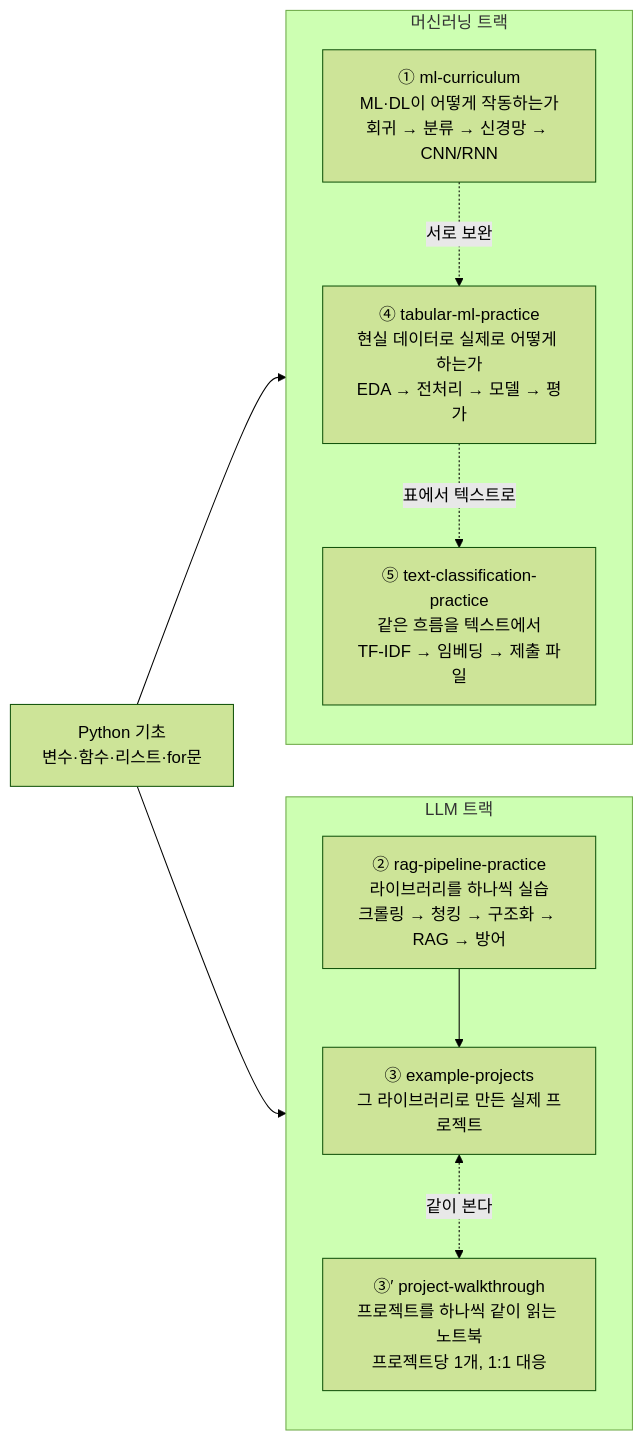
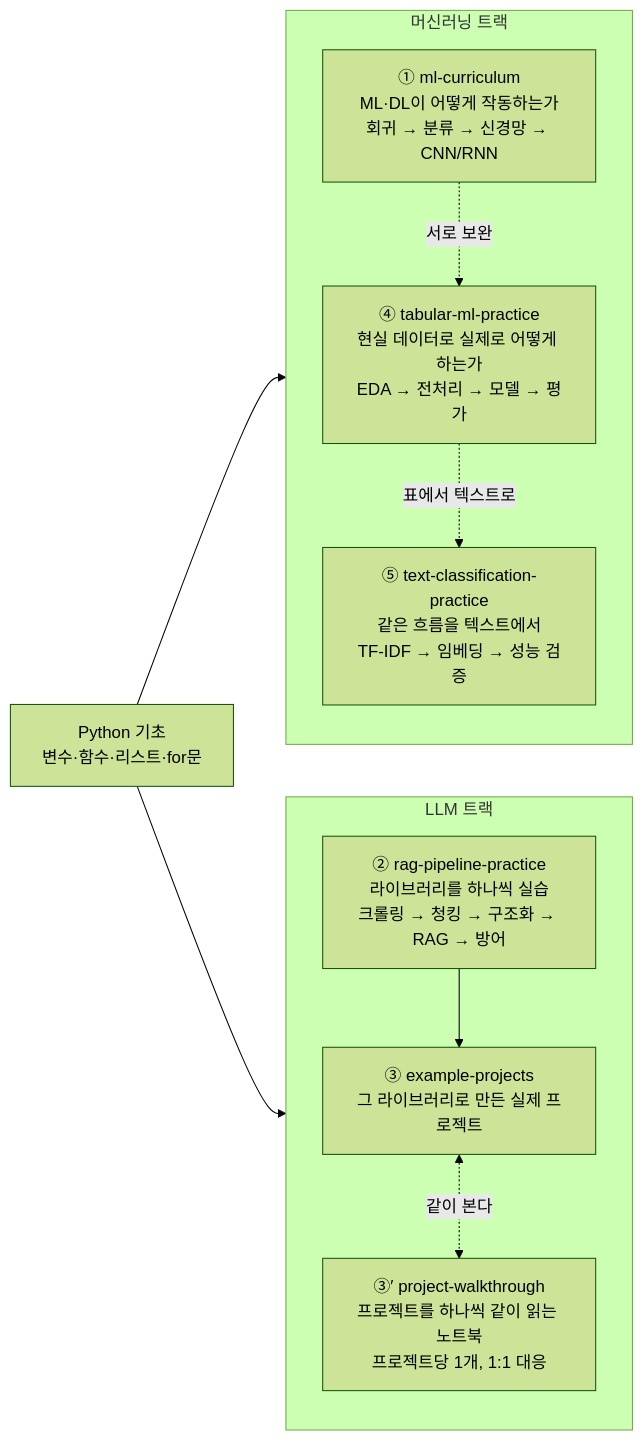
The diagram in README.md (karzit/temp), drawn with Mermaid (forest theme) before and after one commit. The commit also changed other lines of this file and 12 other files, not shown here.

````diff
--- a/README.md
+++ b/README.md
@@ -63,25 +63,25 @@
 ```mermaid
 flowchart LR
     P["Python 기초<br/>변수·함수·리스트·for문"]
 
     subgraph ML["머신러닝 트랙"]
         direction TB
         A["① ml-curriculum<br/>ML·DL이 어떻게 작동하는가<br/>회귀 → 분류 → 신경망 → CNN/RNN"]
         D["④ tabular-ml-practice<br/>현실 데이터로 실제로 어떻게 하는가<br/>EDA → 전처리 → 모델 → 평가"]
-        T["⑤ text-classification-practice<br/>같은 흐름을 텍스트에서<br/>TF-IDF → 임베딩 → 제출 파일"]
+        T["⑤ text-classification-practice<br/>같은 흐름을 텍스트에서<br/>TF-IDF → 임베딩 → 성능 검증"]
         A -. 서로 보완 .-> D
         D -. 표에서 텍스트로 .-> T
     end
 
     subgraph LLM["LLM 트랙"]
         direction TB
         B["② rag-pipeline-practice<br/>라이브러리를 하나씩 실습<br/>크롤링 → 청킹 → 구조화 → RAG → 방어"]
         C["③ example-projects<br/>그 라이브러리로 만든 실제 프로젝트"]
         W["③′ project-walkthrough<br/>프로젝트를 하나씩 같이 읽는 노트북<br/>프로젝트당 1개, 1:1 대응"]
         B --> C
         C <-. 같이 본다 .-> W
     end
 
     P --> ML
     P --> LLM
 ```
````
